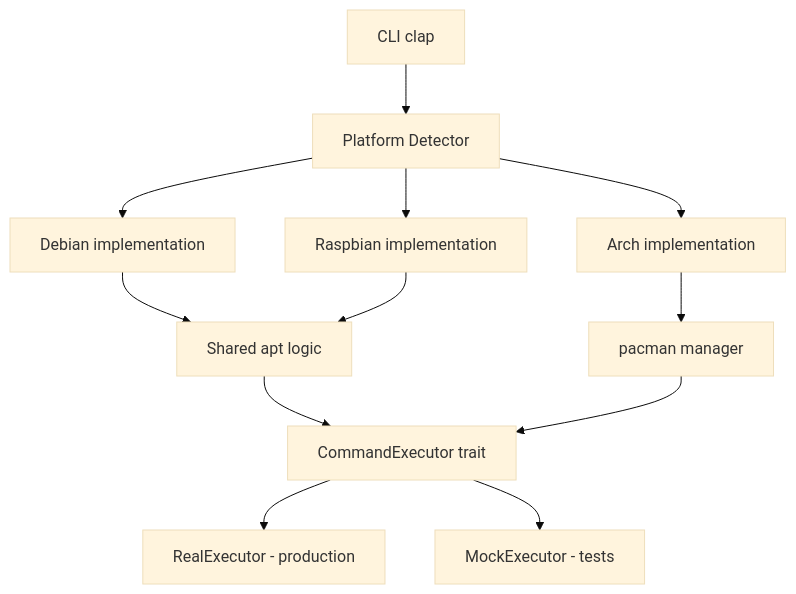
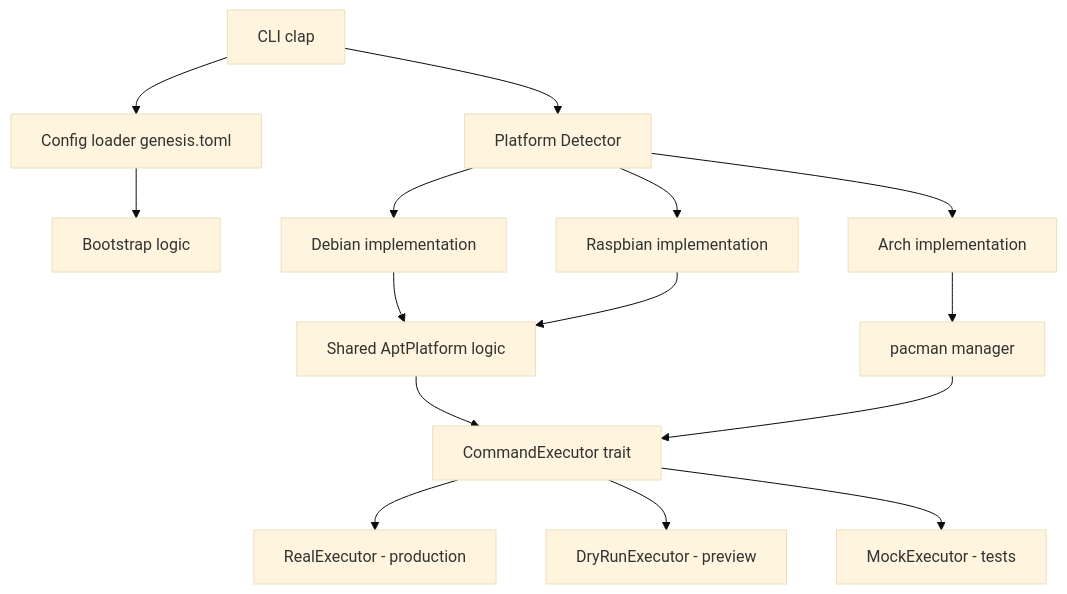
One commit to yoyonel/genesis-rs changed the diagram in README.md. Above: the diagram before and after it, drawn with Mermaid (base theme). The commit also changed other lines of this file and 3 other files, not shown here.

````diff
--- a/README.md
+++ b/README.md
@@ -19,16 +23,19 @@
 ```mermaid
 graph TD
-    CLI[CLI clap] --> Platform[Platform Detector]
+    CLI[CLI clap] --> Config[Config loader genesis.toml]
+    CLI --> Platform[Platform Detector]
+    Config --> Bootstrap[Bootstrap logic]
     Platform --> Debian[Debian implementation]
     Platform --> Arch[Arch implementation]
     Platform --> Raspbian[Raspbian implementation]
 
-    Debian --> Apt[Shared apt logic]
+    Debian --> Apt[Shared AptPlatform logic]
     Raspbian --> Apt
     Arch --> Pacman[pacman manager]
 
     Apt --> Executor[CommandExecutor trait]
     Pacman --> Executor
     Executor --> Real[RealExecutor - production]
+    Executor --> DryRun[DryRunExecutor - preview]
     Executor --> Mock[MockExecutor - tests]
 ```
````
